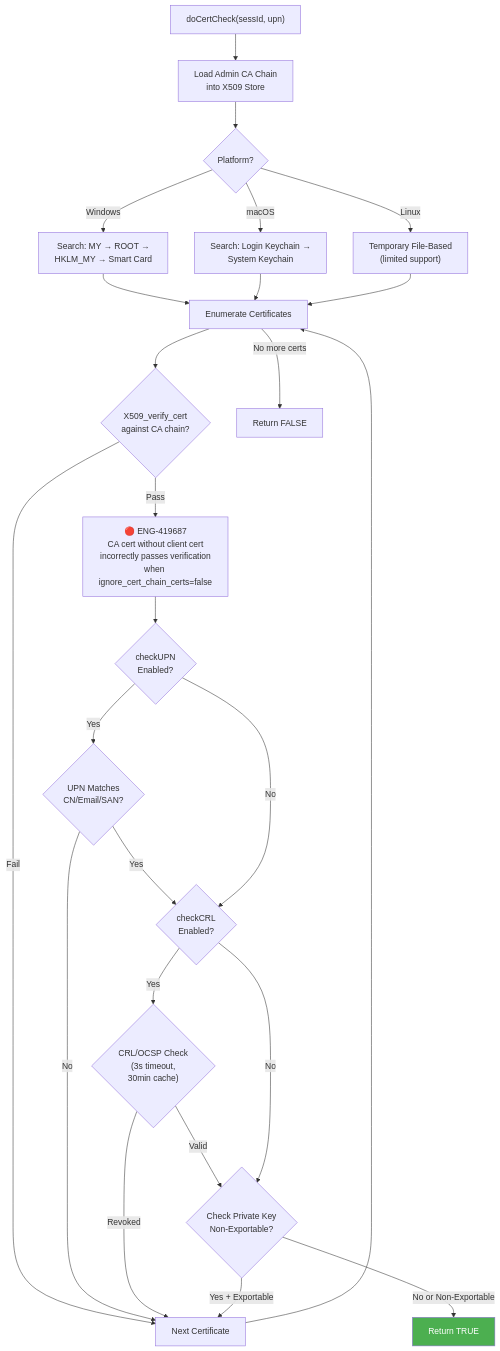
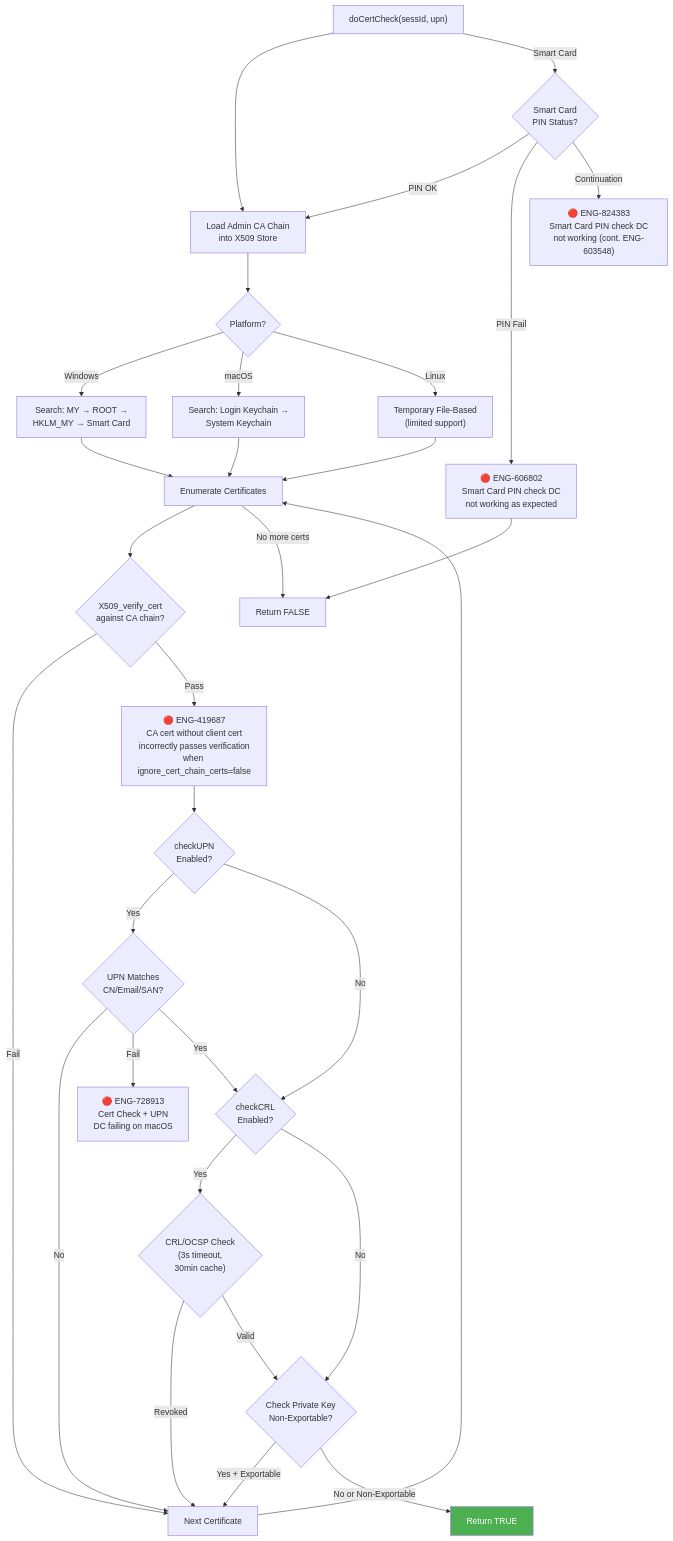
The sixth of 10 diagrams in chapters/12_device_classification.md (ns-klin/endpoint_system_test_plan), drawn with Mermaid before and after one commit. The commit also changed other lines of this file and 26 other files, not shown here.

First line of the commit message:
Add 87 bugs from Excel enrichment and integrate into mermaid diagrams

````diff
--- a/chapters/12_device_classification.md
+++ b/chapters/12_device_classification.md
@@ -454,39 +473,46 @@
 ```mermaid
 flowchart TD
     START["doCertCheck(sessId, upn)"] --> LOAD["Load Admin CA Chain<br/>into X509 Store"]
 
     LOAD --> STORE{Platform?}
     STORE -->|Windows| WIN_STORES["Search: MY → ROOT →<br/>HKLM_MY → Smart Card"]
     STORE -->|macOS| MAC_STORES["Search: Login Keychain →<br/>System Keychain"]
     STORE -->|Linux| LIN_STORES["Temporary File-Based<br/>(limited support)"]
 
     WIN_STORES --> ENUM["Enumerate Certificates"]
     MAC_STORES --> ENUM
     LIN_STORES --> ENUM
 
     ENUM --> VERIFY{X509_verify_cert<br/>against CA chain?}
     VERIFY -->|Fail| NEXT_CERT["Next Certificate"]
     NEXT_CERT --> ENUM
     VERIFY -->|Pass| BUG_419687["🔴 ENG-419687<br/>CA cert without client cert<br/>incorrectly passes verification<br/>when ignore_cert_chain_certs=false"]
     
     BUG_419687 --> UPN_CHECK{checkUPN<br/>Enabled?}
 
     UPN_CHECK -->|Yes| UPN_MATCH{UPN Matches<br/>CN/Email/SAN?}
     UPN_MATCH -->|No| NEXT_CERT
+    UPN_MATCH -->|Fail| BUG_728913["🔴 ENG-728913<br/>Cert Check + UPN<br/>DC failing on macOS"]
     UPN_MATCH -->|Yes| CRL_CHECK
     UPN_CHECK -->|No| CRL_CHECK
 
     CRL_CHECK{checkCRL<br/>Enabled?}
     CRL_CHECK -->|Yes| REVOKE{"CRL/OCSP Check<br/>(3s timeout,<br/>30min cache)"}
     REVOKE -->|Revoked| NEXT_CERT
     REVOKE -->|Valid| KEY_CHECK
     CRL_CHECK -->|No| KEY_CHECK
 
     KEY_CHECK{Check Private Key<br/>Non-Exportable?}
     KEY_CHECK -->|Yes + Exportable| NEXT_CERT
     KEY_CHECK -->|No or Non-Exportable| PASS[Return TRUE]
 
+    START -->|Smart Card| SC_CHECK{Smart Card<br/>PIN Status?}
+    SC_CHECK -->|PIN OK| LOAD
+    SC_CHECK -->|PIN Fail| BUG_606802["🔴 ENG-606802<br/>Smart Card PIN check DC<br/>not working as expected"]
+    BUG_606802 --> FAIL
+    SC_CHECK -->|Continuation| BUG_824383["🔴 ENG-824383<br/>Smart Card PIN check DC<br/>not working (cont. ENG-603548)"]
+
     ENUM -->|No more certs| FAIL[Return FALSE]
 
     style PASS fill:#4CAF50,color:#fff
 ```
````
